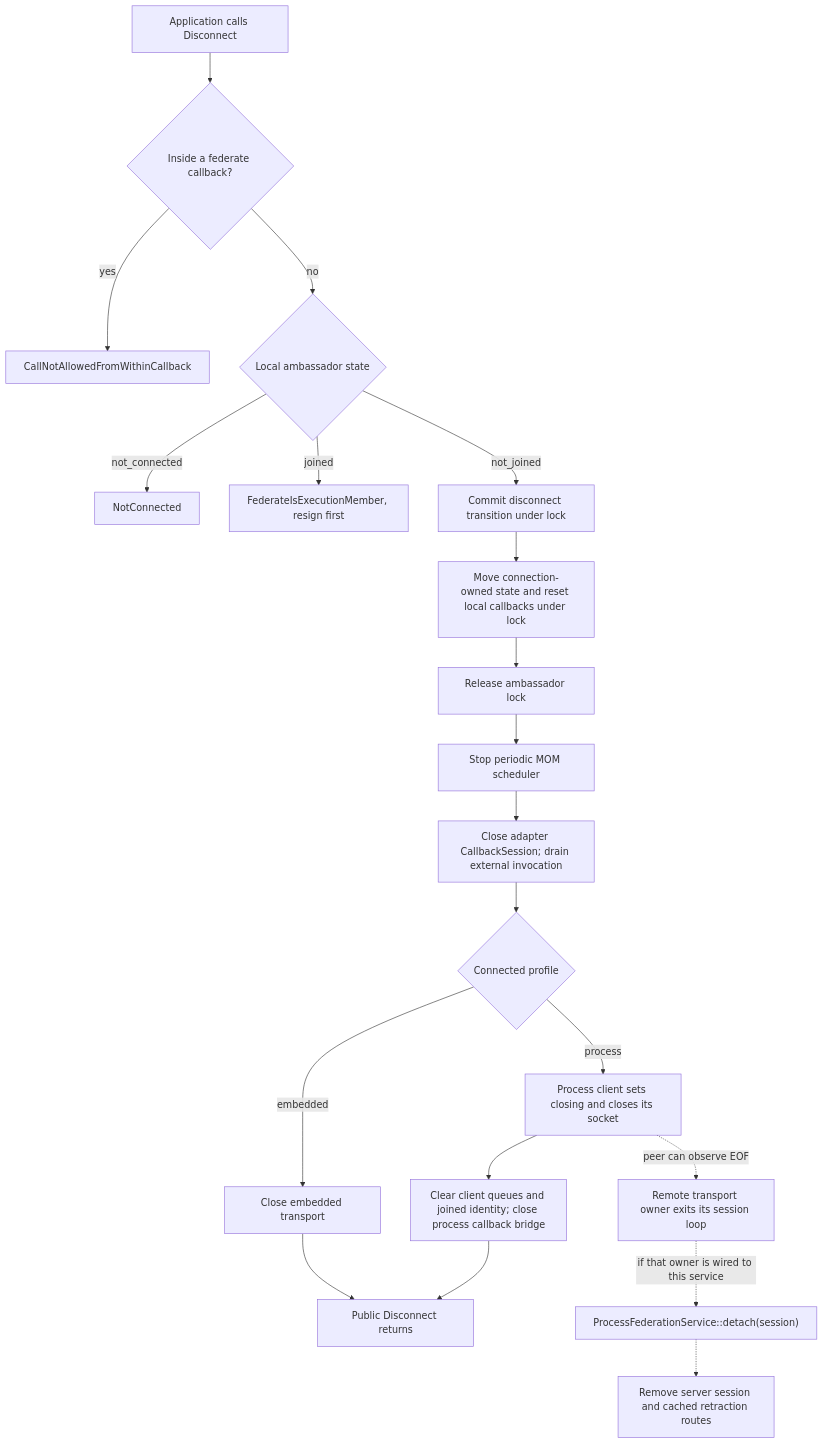
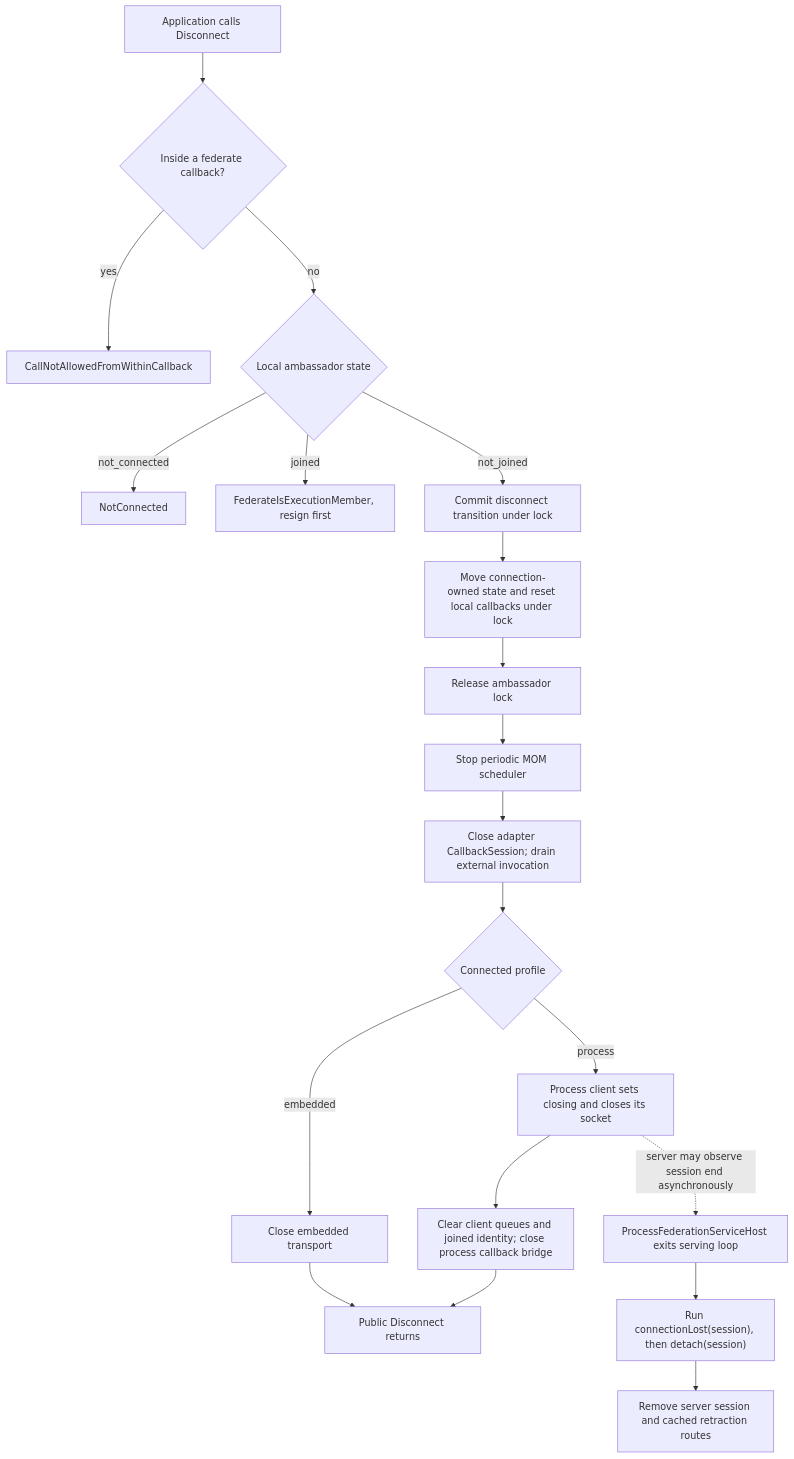
One commit to sheepfling/umbra changed the fourth of 4 diagrams in docs/design/HLA-2025-CONNECTION-AND-CONFIGURATION-FLOW-GUIDE.md. Above: the diagram before and after it, drawn with Mermaid. The commit also changed other lines of this file and 668 other files, not shown here.

````diff
--- a/docs/design/HLA-2025-CONNECTION-AND-CONFIGURATION-FLOW-GUIDE.md
+++ b/docs/design/HLA-2025-CONNECTION-AND-CONFIGURATION-FLOW-GUIDE.md
@@ -201,22 +201,22 @@
 ```mermaid
 flowchart TD
     A["Application calls Disconnect"] --> B{"Inside a federate callback?"}
     B -- "yes" --> C["CallNotAllowedFromWithinCallback"]
     B -- "no" --> D{"Local ambassador state"}
     D -- "not_connected" --> E["NotConnected"]
     D -- "joined" --> F["FederateIsExecutionMember, resign first"]
     D -- "not_joined" --> G["Commit disconnect transition under lock"]
     G --> H["Move connection-owned state and reset local callbacks under lock"]
     H --> I["Release ambassador lock"]
     I --> J["Stop periodic MOM scheduler"]
     J --> K["Close adapter CallbackSession; drain external invocation"]
     K --> L{"Connected profile"}
     L -- "embedded" --> M["Close embedded transport"]
     L -- "process" --> N["Process client sets closing and closes its socket"]
     N --> O["Clear client queues and joined identity; close process callback bridge"]
     M --> P["Public Disconnect returns"]
     O --> P
-    N -. "peer can observe EOF" .-> Q["Remote transport owner exits its session loop"]
-    Q -. "if that owner is wired to this service" .-> R["ProcessFederationService::detach(session)"]
-    R -.-> S["Remove server session and cached retraction routes"]
+    N -. "server may observe session end asynchronously" .-> Q["ProcessFederationServiceHost exits serving loop"]
+    Q --> R["Run connectionLost(session), then detach(session)"]
+    R --> S["Remove server session and cached retraction routes"]
 ```
````
